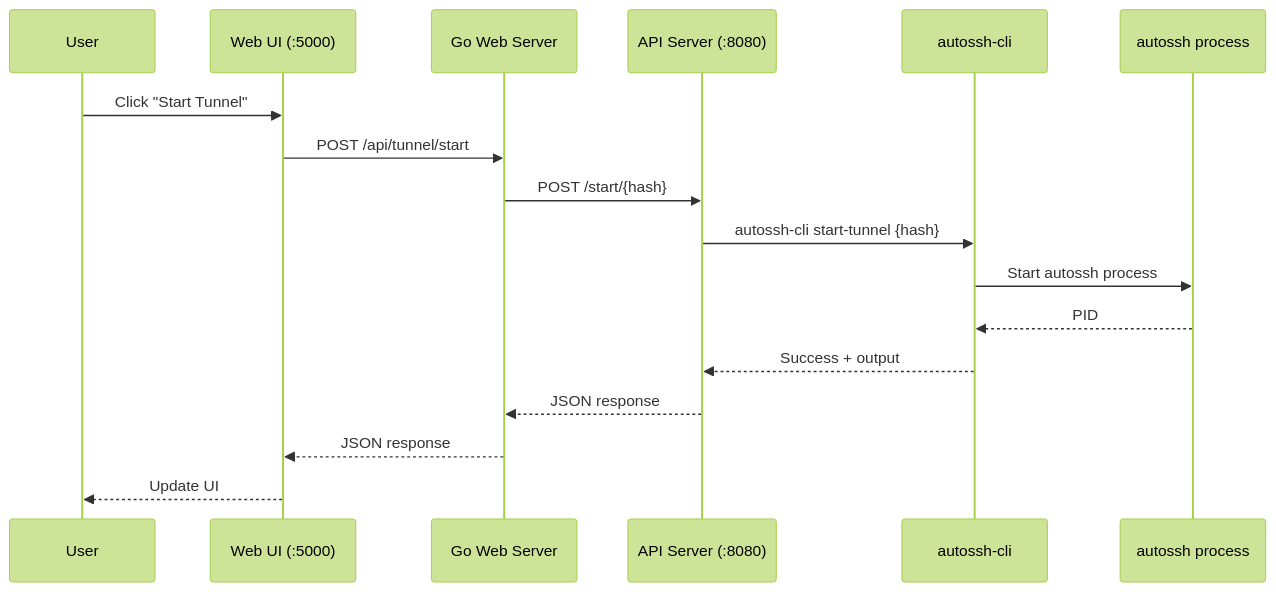
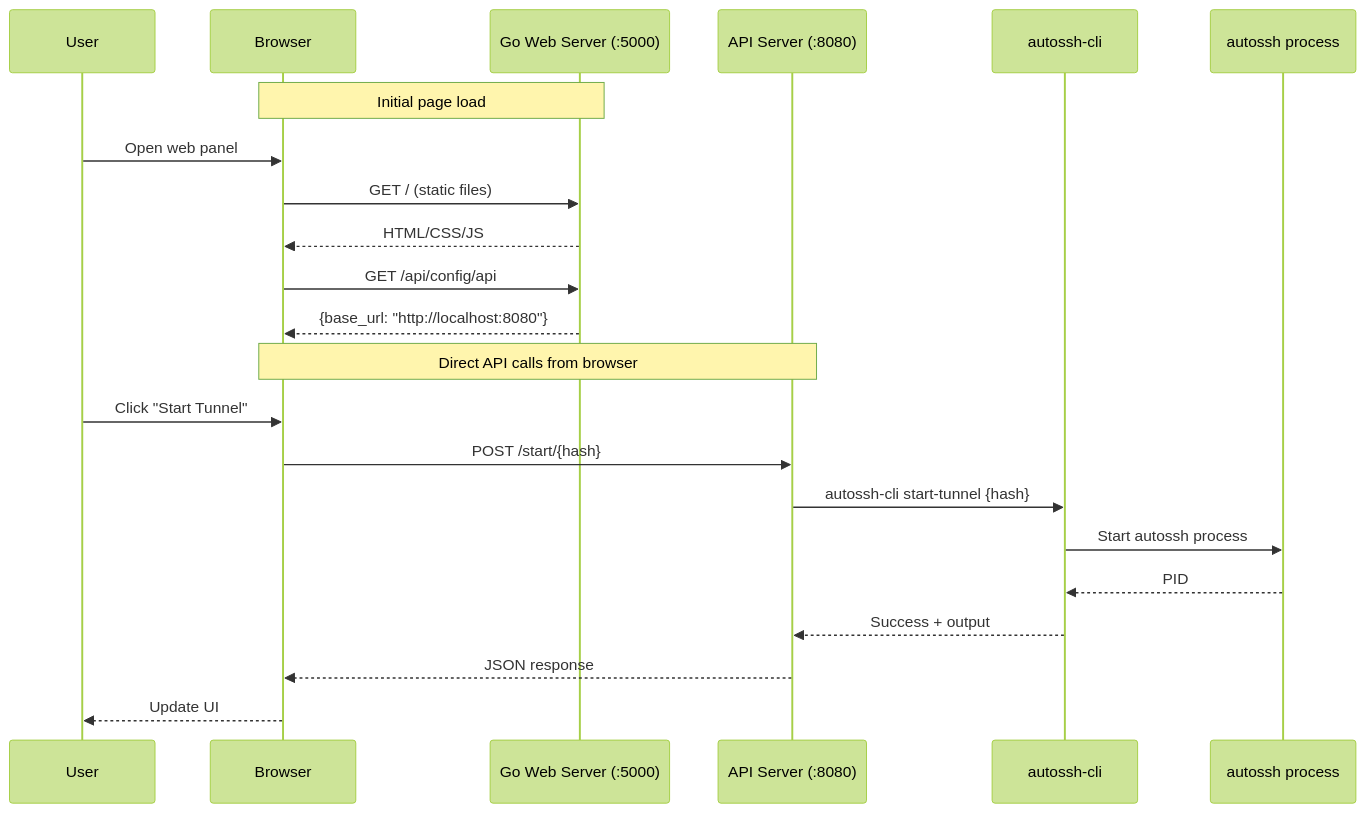
One commit to Oaklight/autossh-tunnel-dockerized changed the second of 3 diagrams in docs/architecture.md. Above: the diagram before and after it, drawn with Mermaid (forest theme). The commit also changed other lines of this file and 1 other file, not shown here.

First line of the commit message:
docs: update architecture and web-panel for direct API architecture

````diff
--- a/docs/architecture.md
+++ b/docs/architecture.md
@@ -244,20 +260,26 @@
 ```mermaid
 sequenceDiagram
     participant User
-    participant WebUI as Web UI (:5000)
-    participant WebServer as Go Web Server
+    participant Browser as Browser
+    participant WebServer as Go Web Server (:5000)
     participant API as API Server (:8080)
     participant CLI as autossh-cli
     participant Tunnel as autossh process
 
-    User->>WebUI: Click "Start Tunnel"
-    WebUI->>WebServer: POST /api/tunnel/start
-    WebServer->>API: POST /start/{hash}
+    Note over Browser,WebServer: Initial page load
+    User->>Browser: Open web panel
+    Browser->>WebServer: GET / (static files)
+    WebServer-->>Browser: HTML/CSS/JS
+    Browser->>WebServer: GET /api/config/api
+    WebServer-->>Browser: {base_url: "http://localhost:8080"}
+    
+    Note over Browser,API: Direct API calls from browser
+    User->>Browser: Click "Start Tunnel"
+    Browser->>API: POST /start/{hash}
     API->>CLI: autossh-cli start-tunnel {hash}
     CLI->>Tunnel: Start autossh process
     Tunnel-->>CLI: PID
     CLI-->>API: Success + output
-    API-->>WebServer: JSON response
-    WebServer-->>WebUI: JSON response
-    WebUI-->>User: Update UI
+    API-->>Browser: JSON response
+    Browser-->>User: Update UI
 ```
````
